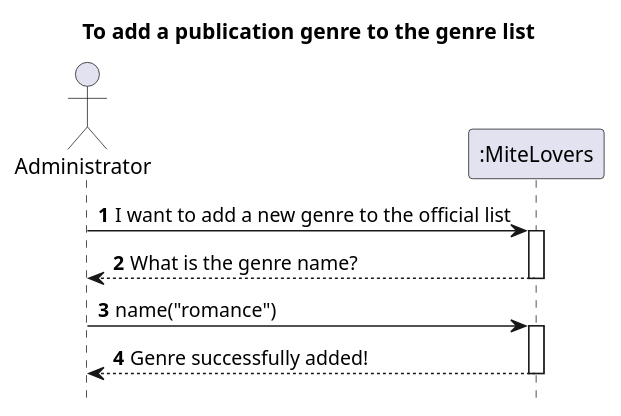
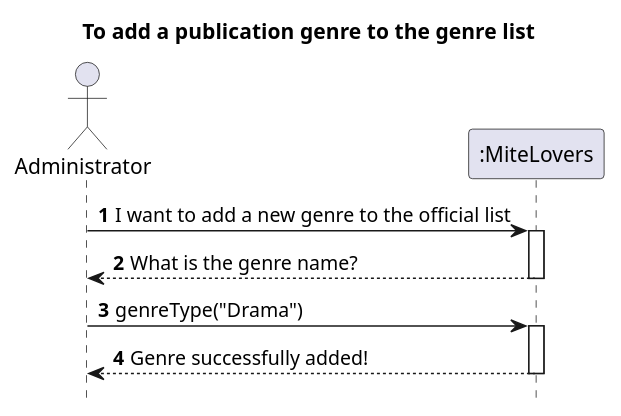
The diagram in Diagrams/SequenceDiagrams/N1/To-add-a-publication-genre-list.puml (AndrePereiraGitH/SWitCH-Project-Team_A), drawn with PlantUML before and after one commit. The commit also changed 2 other files, not shown here.

Commit message:
docs: update ToRegisterGenre diagrams to include persistence layer #754

```diff
--- a/Diagrams/SequenceDiagrams/N1/To-add-a-publication-genre-list.puml
+++ b/Diagrams/SequenceDiagrams/N1/To-add-a-publication-genre-list.puml
@@ -1,18 +1,18 @@
 @startuml
 hide footbox
 autonumber
 title To add a publication genre to the genre list
 
 actor Administrator
 participant ":MiteLovers" as UI
 
 Administrator -> UI : I want to add a new genre to the official list
 activate UI
 UI --> Administrator : What is the genre name?
 deactivate UI
-Administrator -> UI : name("romance")
+Administrator -> UI : genreType("Drama")
 activate UI
 UI --> Administrator : Genre successfully added!
 deactivate UI
 
 @enduml
```
